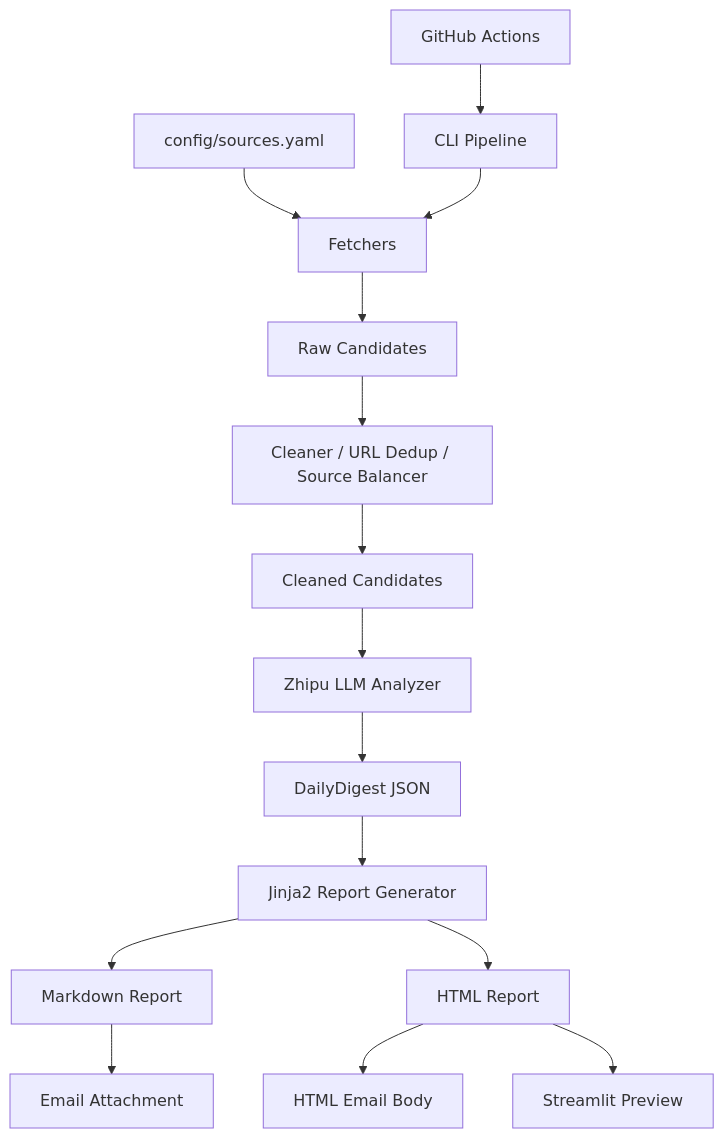
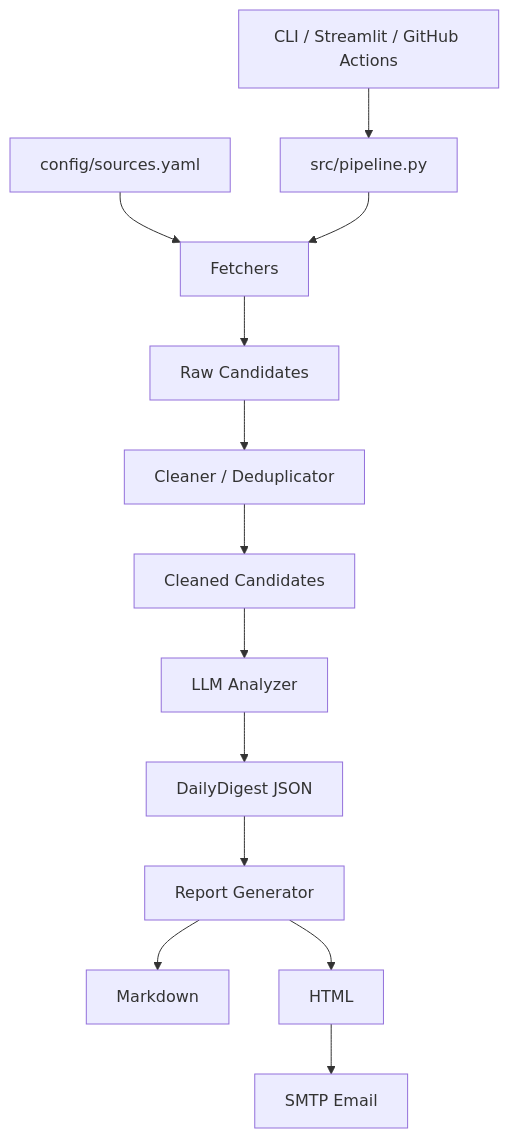
The diagram in README.md (AAA354544/ai-news-digest-agent), drawn with Mermaid before and after one commit. The commit also changed other lines of this file and 19 other files, not shown here.

````diff
--- a/README.md
+++ b/README.md
@@ -22,17 +21,15 @@
 ```mermaid
 flowchart TD
     A[config/sources.yaml] --> B[Fetchers]
     B --> C[Raw Candidates]
-    C --> D[Cleaner / URL Dedup / Source Balancer]
+    C --> D[Cleaner / Deduplicator]
     D --> E[Cleaned Candidates]
-    E --> F[Zhipu LLM Analyzer]
+    E --> F[LLM Analyzer]
     F --> G[DailyDigest JSON]
-    G --> H[Jinja2 Report Generator]
-    H --> I[Markdown Report]
-    H --> J[HTML Report]
-    I --> K[Email Attachment]
-    J --> L[HTML Email Body]
-    J --> M[Streamlit Preview]
-    N[CLI Pipeline] --> B
-    O[GitHub Actions] --> N
+    G --> H[Report Generator]
+    H --> I[Markdown]
+    H --> J[HTML]
+    J --> K[SMTP Email]
+    L[CLI / Streamlit / GitHub Actions] --> M[src/pipeline.py]
+    M --> B
 ```
````
